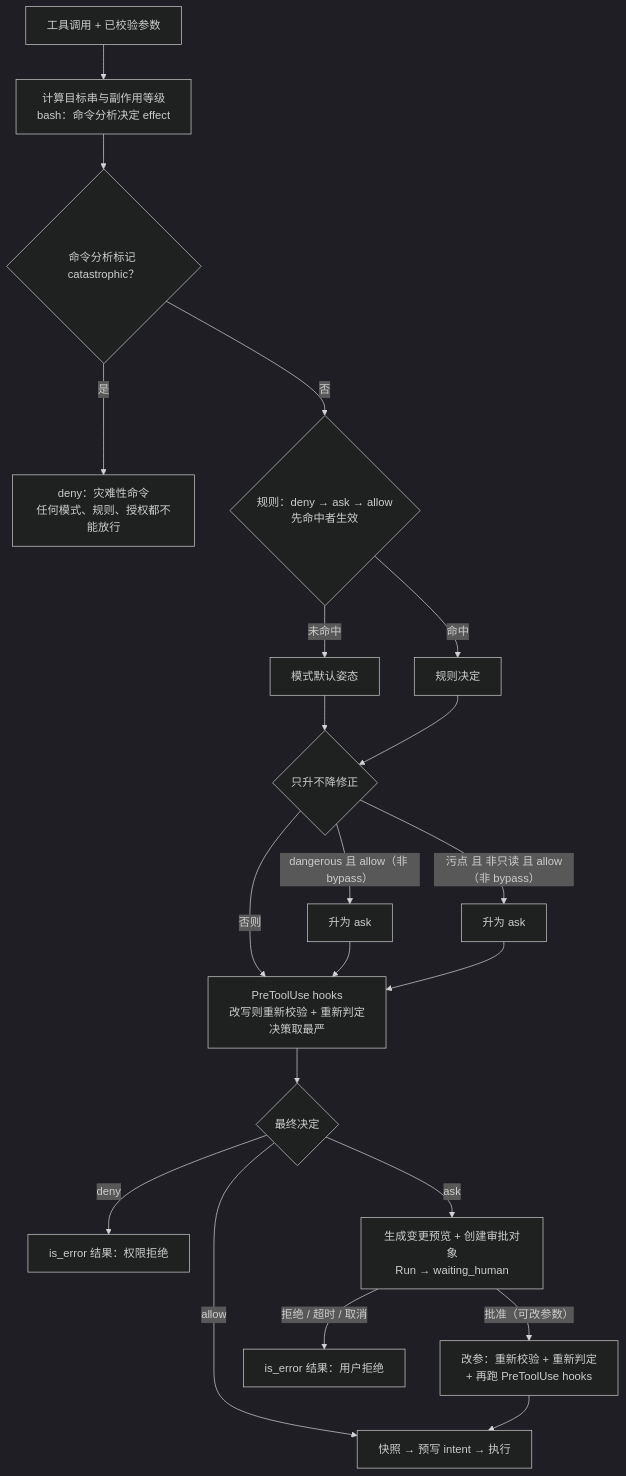
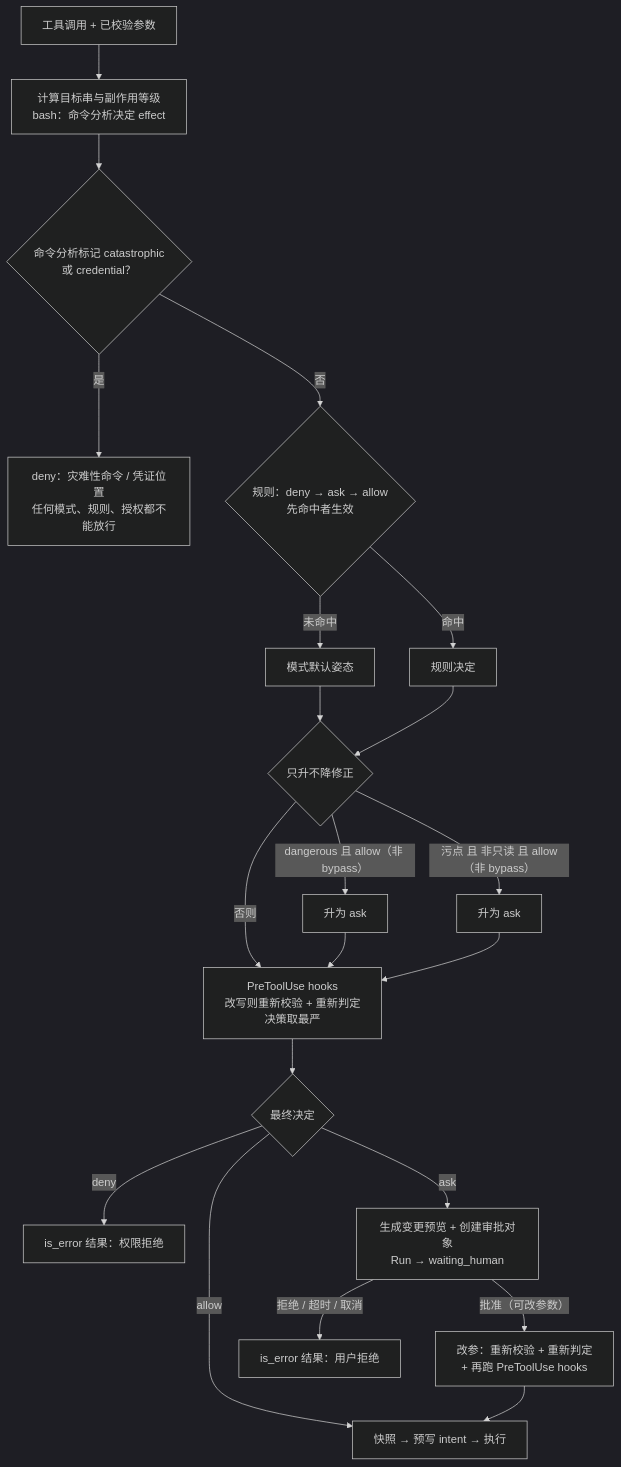
Before and after one commit to flywhlway/flywhl-harness: the first of 3 diagrams in docs/governance/permissions-hitl.md, drawn with Mermaid (dark theme). The commit also changed other lines of this file and 15 other files, not shown here.

````diff
--- a/docs/governance/permissions-hitl.md
+++ b/docs/governance/permissions-hitl.md
@@ -26,22 +26,22 @@
 ```mermaid
 flowchart TD
     A["工具调用 + 已校验参数"] --> B["计算目标串与副作用等级<br/>bash：命令分析决定 effect"]
-    B --> CAT{"命令分析标记 catastrophic？"}
-    CAT -->|"是"| R0["deny：灾难性命令<br/>任何模式、规则、授权都不能放行"]
+    B --> CAT{"命令分析标记 catastrophic<br/>或 credential？"}
+    CAT -->|"是"| R0["deny：灾难性命令 / 凭证位置<br/>任何模式、规则、授权都不能放行"]
     CAT -->|"否"| C{"规则：deny → ask → allow<br/>先命中者生效"}
     C -->|"命中"| E["规则决定"]
     C -->|"未命中"| D["模式默认姿态"]
     D --> F
     E --> F{"只升不降修正"}
     F -->|"dangerous 且 allow（非 bypass）"| F1["升为 ask"]
     F -->|"污点 且 非只读 且 allow（非 bypass）"| F2["升为 ask"]
     F -->|"否则"| G
     F1 --> G
     F2 --> G
     G["PreToolUse hooks<br/>改写则重新校验 + 重新判定<br/>决策取最严"] --> H{"最终决定"}
     H -->|"deny"| R1["is_error 结果：权限拒绝"]
     H -->|"allow"| X["快照 → 预写 intent → 执行"]
     H -->|"ask"| AP["生成变更预览 + 创建审批对象<br/>Run → waiting_human"]
     AP -->|"批准（可改参数）"| RV["改参：重新校验 + 重新判定<br/>+ 再跑 PreToolUse hooks"] --> X
     AP -->|"拒绝 / 超时 / 取消"| R2["is_error 结果：用户拒绝"]
 ```
````
